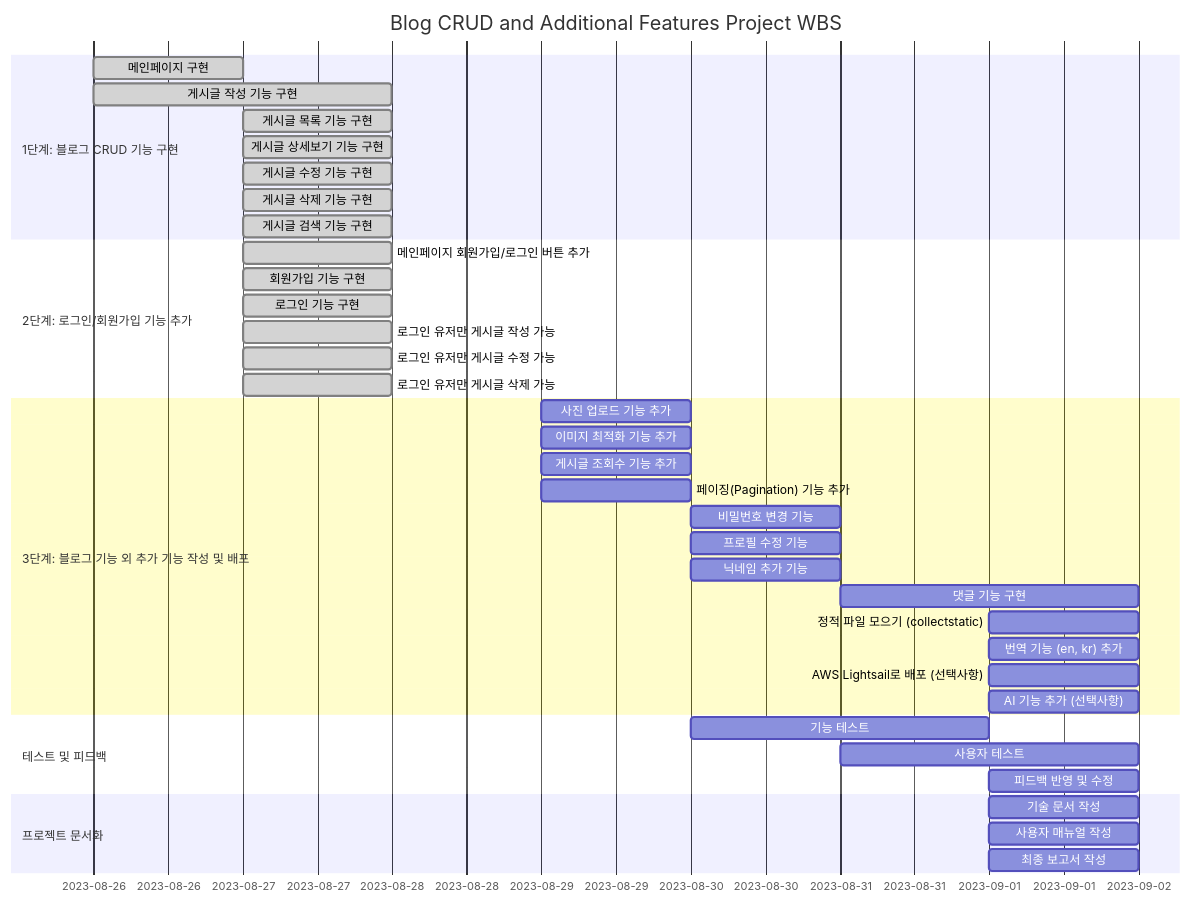
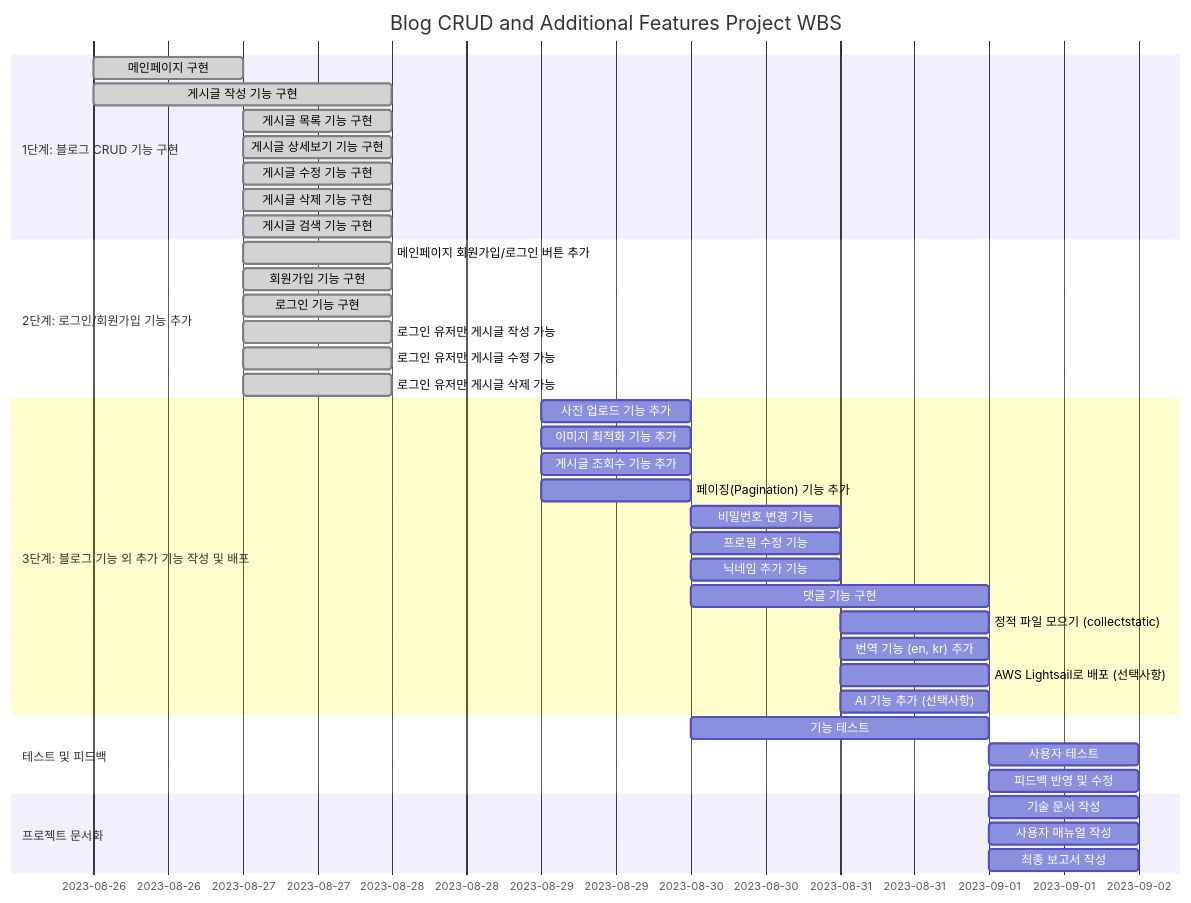
One commit to cumulus308/django_tech_blog changed the diagram in README.md. Above: the diagram before and after it, drawn with Mermaid.

Commit message:
:memo: README.md WBS 08.31, 09.01 일정 수정

````diff
--- a/README.md
+++ b/README.md
@@ -5,45 +5,45 @@
 ```mermaid
 gantt
     title Blog CRUD and Additional Features Project WBS
     dateFormat  YYYY-MM-DD
     section 1단계: 블로그 CRUD 기능 구현
     메인페이지 구현               :done, 2023-08-26, 1d
     게시글 작성 기능 구현          :done, 2023-08-26, 2d
     게시글 목록 기능 구현          :done, 2023-08-27, 1d
     게시글 상세보기 기능 구현       :done, 2023-08-27, 1d
     게시글 수정 기능 구현          :done, 2023-08-27, 1d
     게시글 삭제 기능 구현          :done, 2023-08-27, 1d
     게시글 검색 기능 구현          :done, 2023-08-27, 1d
 
     section 2단계: 로그인/회원가입 기능 추가
     메인페이지 회원가입/로그인 버튼 추가 :done, 2023-08-27, 1d
     회원가입 기능 구현               :done, 2023-08-27, 1d
     로그인 기능 구현                 :done, 2023-08-27, 1d
     로그인 유저만 게시글 작성 가능     :done, 2023-08-27, 1d
     로그인 유저만 게시글 수정 가능     :done, 2023-08-27, 1d
     로그인 유저만 게시글 삭제 가능     :done, 2023-08-27, 1d
 
     section 3단계: 블로그 기능 외 추가 기능 작성 및 배포
     사진 업로드 기능 추가             :2023-08-29, 1d
     이미지 최적화 기능 추가           :2023-08-29, 1d
     게시글 조회수 기능 추가           :2023-08-29, 1d
     페이징(Pagination) 기능 추가      :2023-08-29, 1d
     비밀번호 변경 기능                :2023-08-30, 1d
     프로필 수정 기능                  :2023-08-30, 1d
     닉네임 추가 기능                  :2023-08-30, 1d
-    댓글 기능 구현                    :2023-08-31, 2d
-    정적 파일 모으기 (collectstatic)  :2023-09-01, 1d
-    번역 기능 (en, kr) 추가           :2023-09-01, 1d
-    AWS Lightsail로 배포 (선택사항)    :2023-09-01, 1d
-    AI 기능 추가 (선택사항)           :2023-09-01, 1d
+    댓글 기능 구현                    :2023-08-30, 2d
+    정적 파일 모으기 (collectstatic)  :2023-08-31, 1d
+    번역 기능 (en, kr) 추가           :2023-08-31, 1d
+    AWS Lightsail로 배포 (선택사항)    :2023-08-31, 1d
+    AI 기능 추가 (선택사항)           :2023-08-31, 1d
 
     section 테스트 및 피드백
     기능 테스트                       :2023-08-30, 2d
-    사용자 테스트                     :2023-08-31, 2d
+    사용자 테스트                     :2023-09-01, 1d
     피드백 반영 및 수정                :2023-09-01, 1d
 
     section 프로젝트 문서화
     기술 문서 작성                    :2023-09-01, 1d
     사용자 매뉴얼 작성                :2023-09-01, 1d
     최종 보고서 작성                  :2023-09-01, 1d
 ```
````
